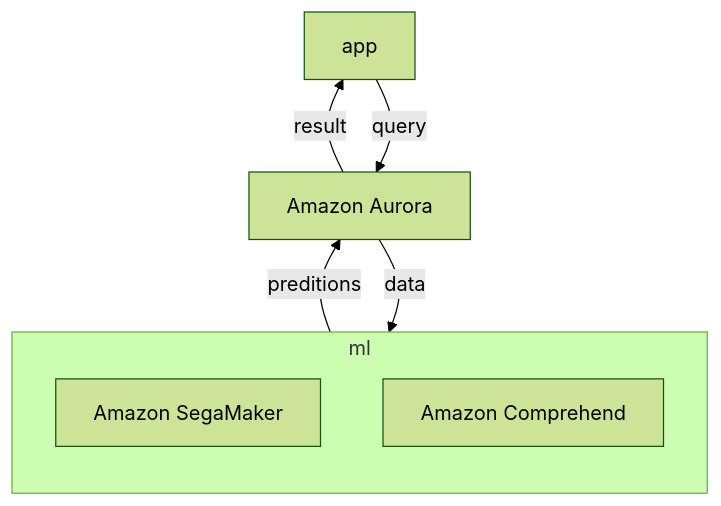
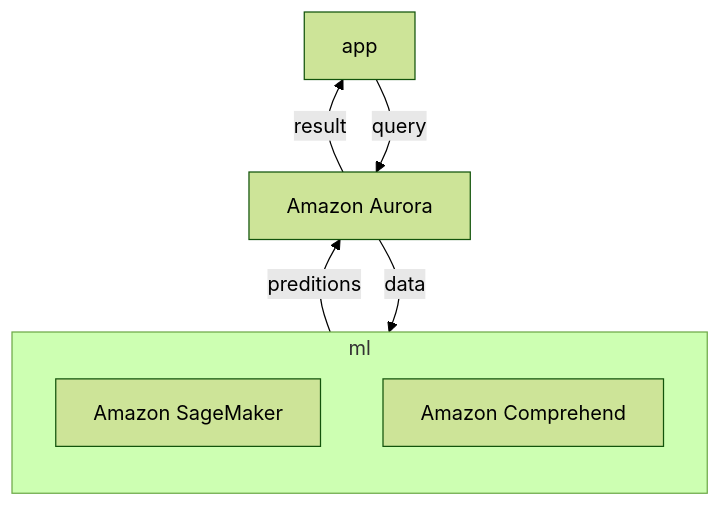
Before and after one commit to cool21540125/documentation-notes: the second of 2 diagrams in aws/RDS.md, drawn with Mermaid (forest theme).

````diff
--- a/aws/RDS.md
+++ b/aws/RDS.md
@@ -170,14 +170,14 @@
 ```mermaid
 flowchart BT;
 aurora["Amazon Aurora"];
 
 subgraph ml
-    sm["Amazon SegaMaker"];
+    sm["Amazon SageMaker"];
     ac["Amazon Comprehend"];
 end
 
 app -- query --> aurora;
 aurora -- data --> ml;
 ml -- preditions --> aurora;
 aurora -- result --> app;
 ```
````
